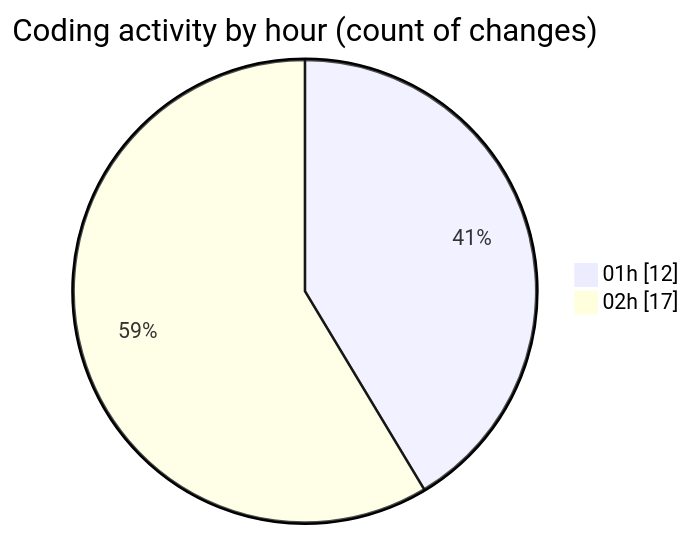
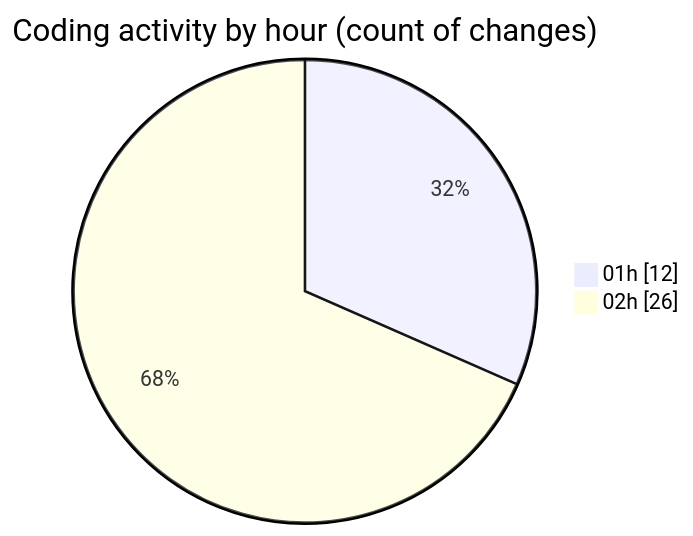
Before and after one commit to julien-gomy/code-tracking: the second of 2 diagrams in 2025-10-24/eventscop-frontend-guide__workspace_/README.md, drawn with Mermaid. The commit also changed other lines of this file and 1 other file, not shown here.

````diff
--- a/2025-10-24/eventscop-frontend-guide__workspace_/README.md
+++ b/2025-10-24/eventscop-frontend-guide__workspace_/README.md
@@ -42,6 +46,6 @@
 ```mermaid
 pie showData
 title Coding activity by hour (count of changes)
 "01h" : 12
-"02h" : 17
+"02h" : 26
 ```
````
